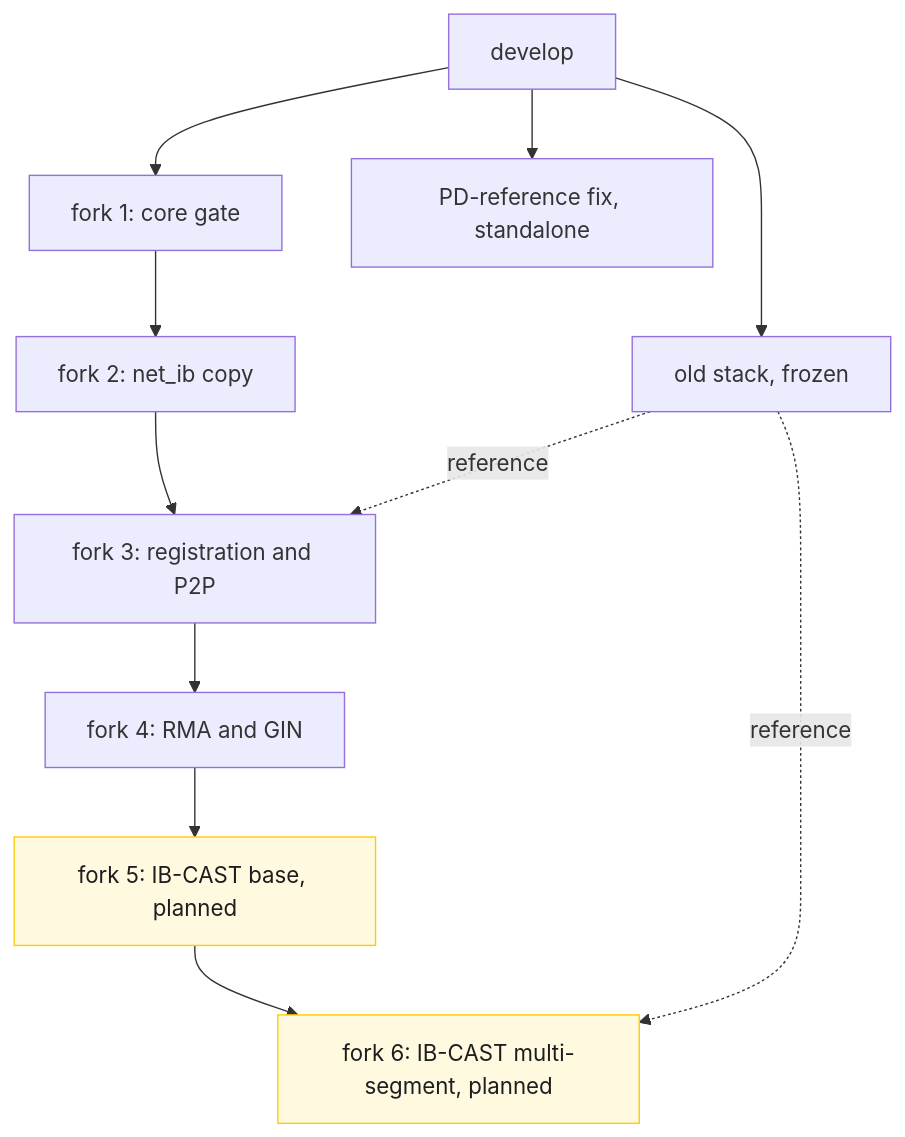
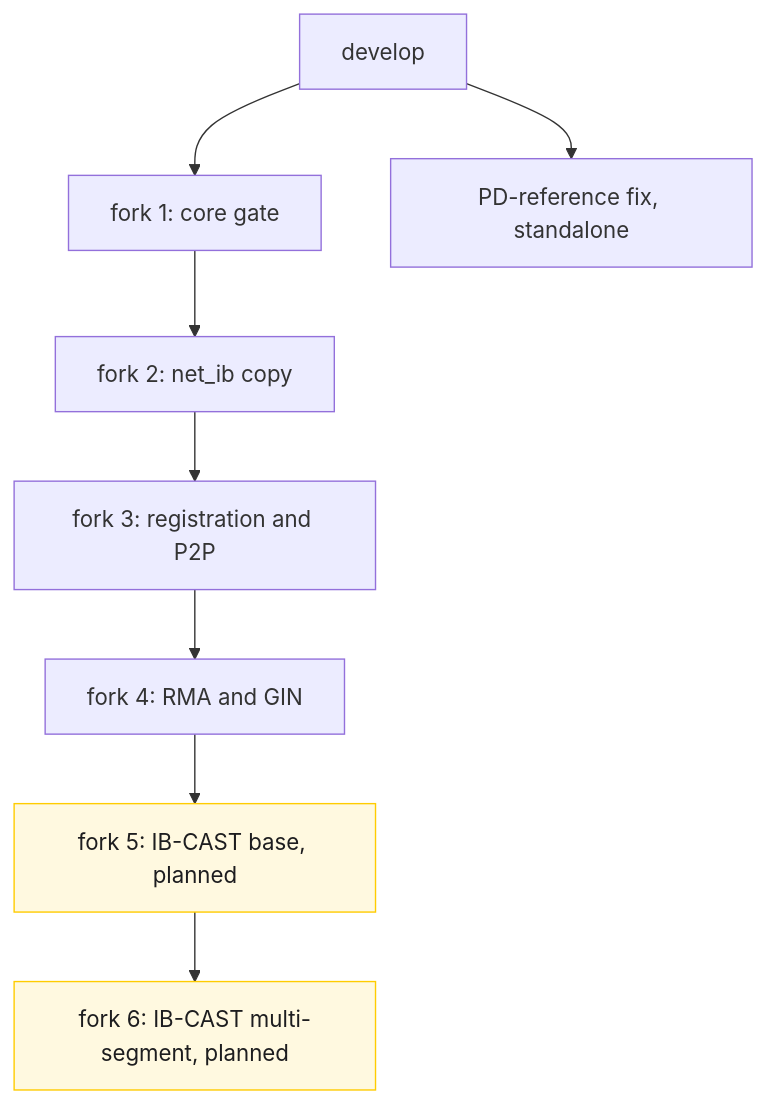
The second of 7 diagrams in projects/rccl/docs/design/multi_segment_fork_plugin.md (ROCm/rocm-systems), drawn with Mermaid before and after one commit. The commit also changed other lines of this file and 16 other files, not shown here.

First line of the commit message:
docs: describe the IB-MSEG fork stack and drop the superseded history docs

````diff
--- a/projects/rccl/docs/design/multi_segment_fork_plugin.md
+++ b/projects/rccl/docs/design/multi_segment_fork_plugin.md
@@ -49,16 +49,13 @@
 ```mermaid
-%% caption: Fork branches, stacked on develop; the old stack is reference only
+%% caption: Fork branches, stacked on develop
 flowchart TD
  dev["develop"] --> f1["fork 1: core gate"]
  f1 --> f2["fork 2: net_ib copy"]
  f2 --> f3["fork 3: registration and P2P"]
  f3 --> f4["fork 4: RMA and GIN"]
  f4 --> f5["fork 5: IB-CAST base, planned"]
  f5 --> f6["fork 6: IB-CAST multi-segment, planned"]
  dev --> pd["PD-reference fix, standalone"]
- dev --> old["old stack, frozen"]
- old -.->|reference| f3
- old -.->|reference| f6
  classDef planned fill:#fff9e0,stroke:#ffcc00,color:#1d1d1f
  class f5,f6 planned
 ```
````
